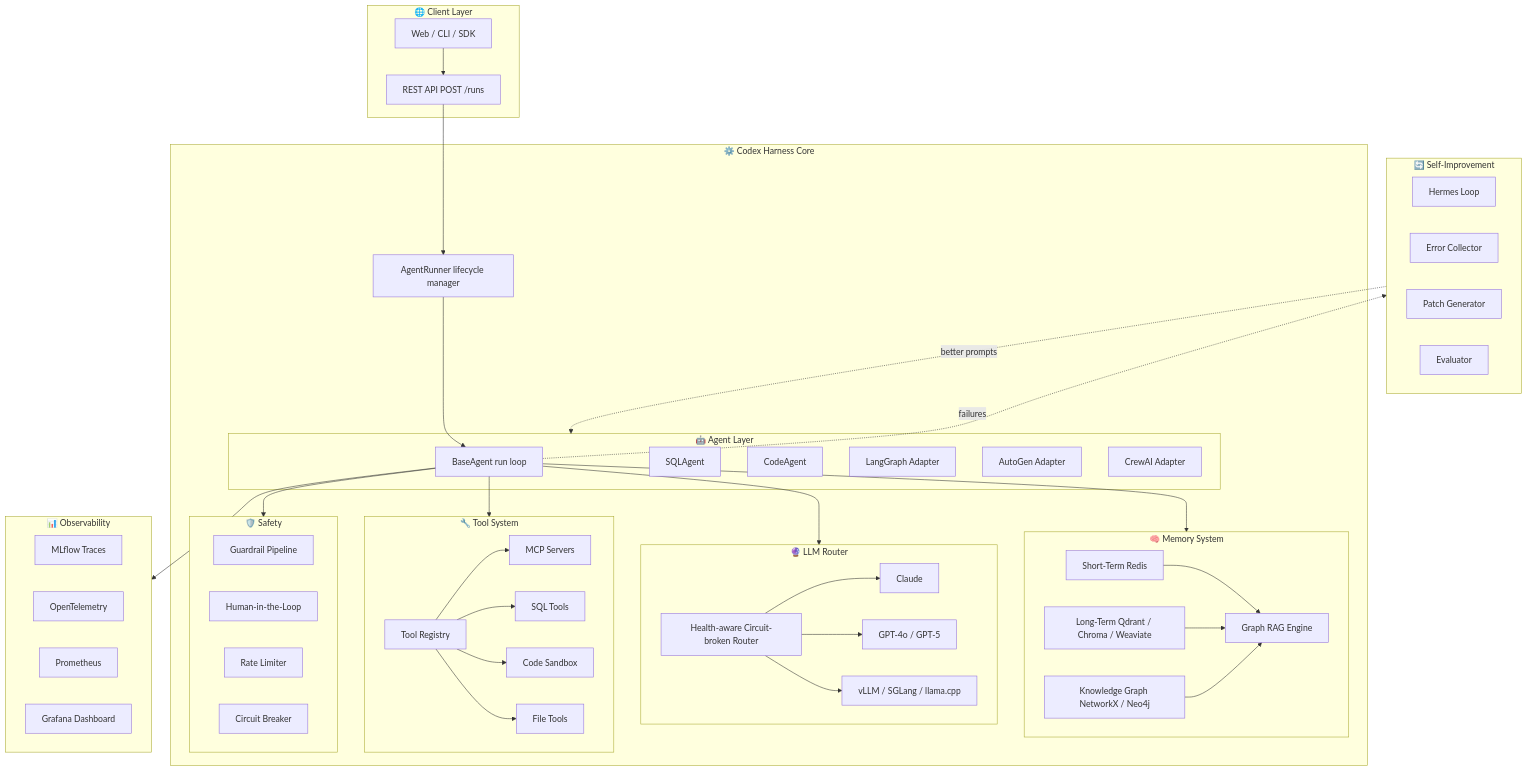
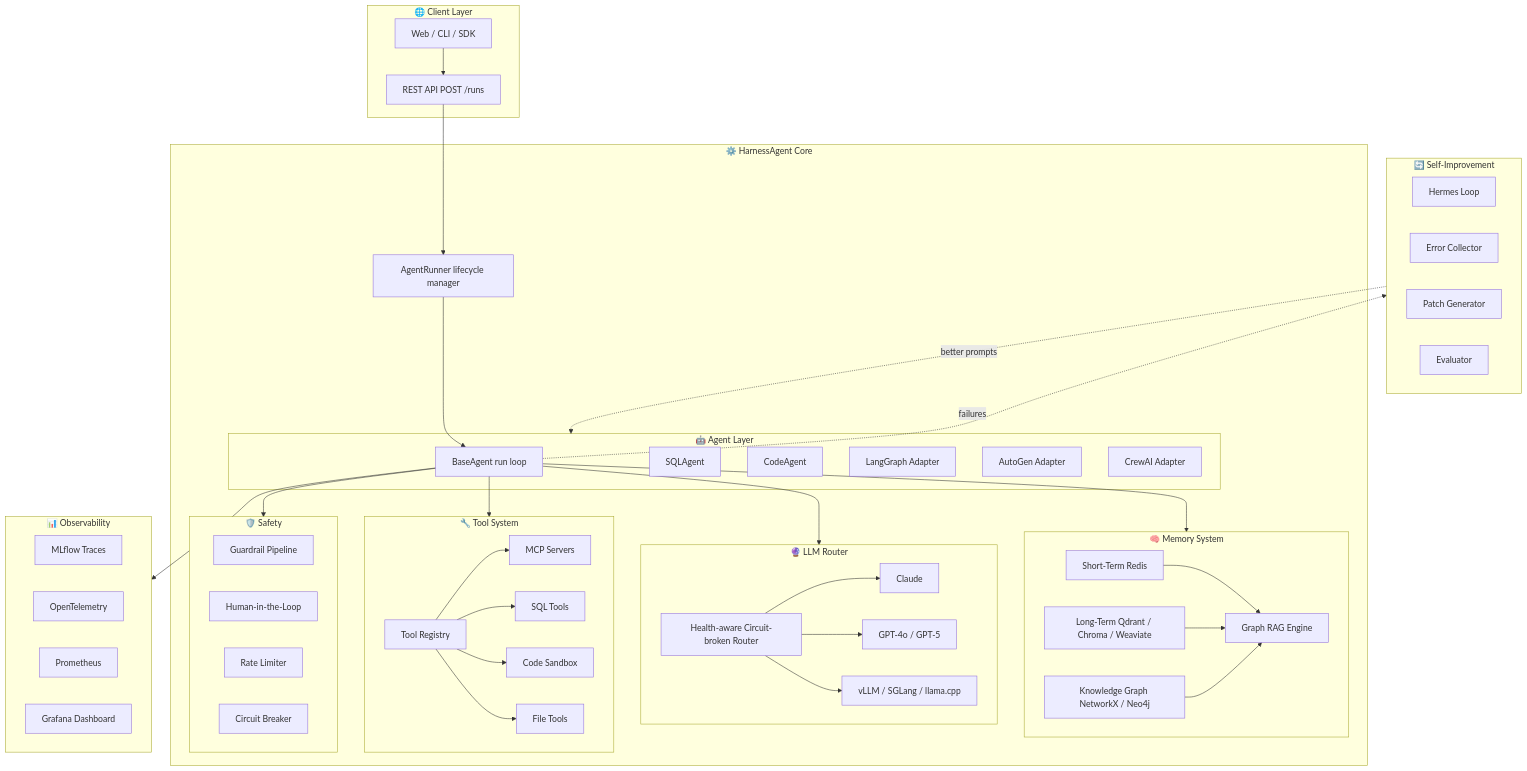
Before and after one commit to Shubham-raut-860/HarnessAgent: the diagram in README.md, drawn with Mermaid. The commit also changed other lines of this file and 55 other files, not shown here.

First line of the commit message:
Rebrand: rename Codex Harness to HarnessAgent, add Future Scope section

````diff
--- a/README.md
+++ b/README.md
@@ -32,72 +32,72 @@
 ```mermaid
 graph TB
     subgraph CLIENT["🌐 Client Layer"]
         UI[Web / CLI / SDK]
         API[REST API POST /runs]
     end
 
-    subgraph HARNESS["⚙️ Codex Harness Core"]
+    subgraph HARNESS["⚙️ HarnessAgent Core"]
         RUNNER[AgentRunner lifecycle manager]
 
         subgraph AGENTS["🤖 Agent Layer"]
             BASE[BaseAgent run loop]
             SQL[SQLAgent]
             CODE[CodeAgent]
             LG[LangGraph Adapter]
             AG[AutoGen Adapter]
             CR[CrewAI Adapter]
         end
 
         subgraph MEMORY["🧠 Memory System"]
             STM[Short-Term Redis]
             LTM[Long-Term Qdrant / Chroma / Weaviate]
             GRAPH[Knowledge Graph NetworkX / Neo4j]
             RAG[Graph RAG Engine]
         end
 
         subgraph LLM["🔮 LLM Router"]
             ROUTER[Health-aware Circuit-broken Router]
             ANT[Claude]
             OAI[GPT-4o / GPT-5]
             LOCAL[vLLM / SGLang / llama.cpp]
         end
 
         subgraph TOOLS["🔧 Tool System"]
             REG[Tool Registry]
             MCP[MCP Servers]
             SQL2[SQL Tools]
             CODE2[Code Sandbox]
             FILE[File Tools]
         end
 
         subgraph SAFETY["🛡️ Safety"]
             GUARD[Guardrail Pipeline]
             HITL[Human-in-the-Loop]
             RATE[Rate Limiter]
             CB[Circuit Breaker]
         end
     end
 
     subgraph OBS["📊 Observability"]
         MLFLOW[MLflow Traces]
         OTEL[OpenTelemetry]
         PROM[Prometheus]
         GRAFANA[Grafana Dashboard]
     end
 
     subgraph IMPROVE["🔄 Self-Improvement"]
         HERMES[Hermes Loop]
         ERR[Error Collector]
         PATCH[Patch Generator]
         EVAL[Evaluator]
     end
 
     UI --> API --> RUNNER --> BASE
     BASE --> LLM & MEMORY & TOOLS & SAFETY
     BASE --> OBS
     BASE -.->|failures| IMPROVE
     IMPROVE -.->|better prompts| AGENTS
     ROUTER --> ANT & OAI & LOCAL
     STM & LTM & GRAPH --> RAG
     REG --> MCP & SQL2 & CODE2 & FILE
 ```
````
